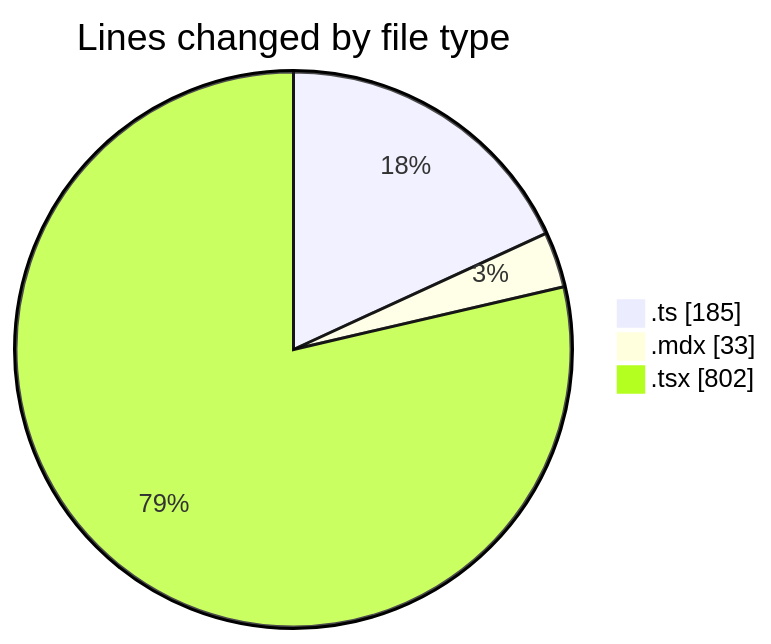
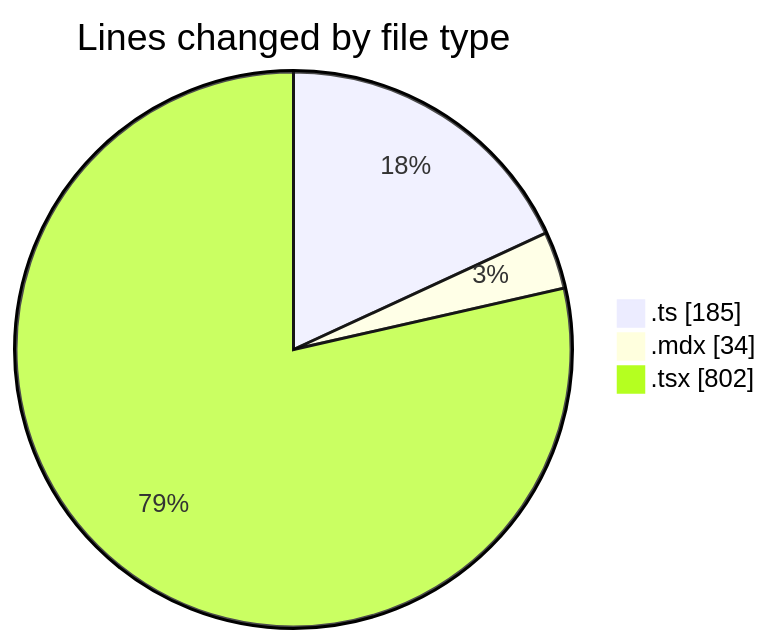
One commit to Elitesun/code-tracking changed the first of 2 diagrams in 2025-05-25/elitesun/README.md. Above: the diagram before and after it, drawn with Mermaid. The commit also changed other lines of this file and 1 other file, not shown here.

````diff
--- a/2025-05-25/elitesun/README.md
+++ b/2025-05-25/elitesun/README.md
@@ -30,7 +30,7 @@
 ```mermaid
 pie showData
 title Lines changed by file type
 ".ts" : 185
-".mdx" : 33
+".mdx" : 34
 ".tsx" : 802
 ```
````
